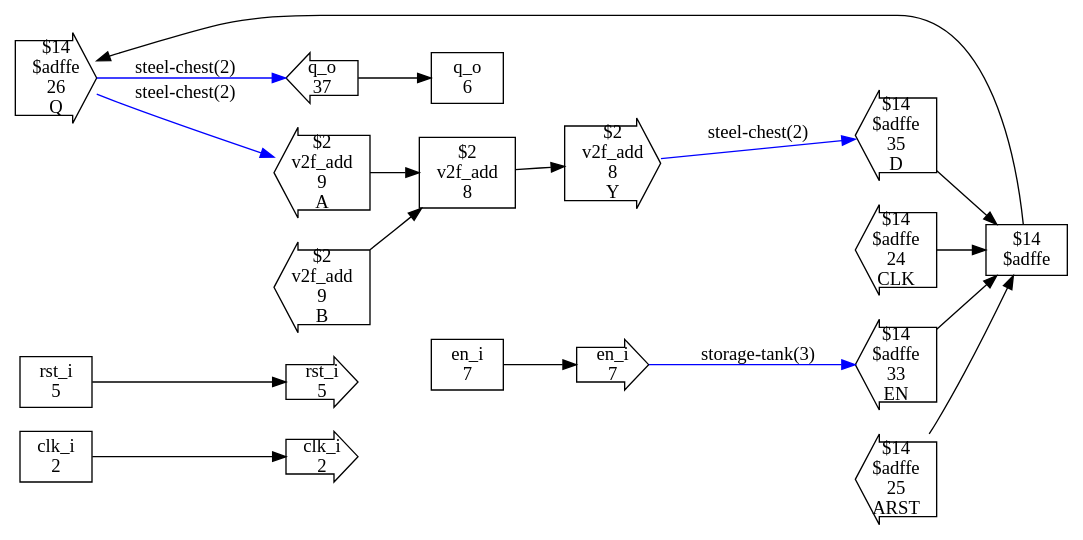
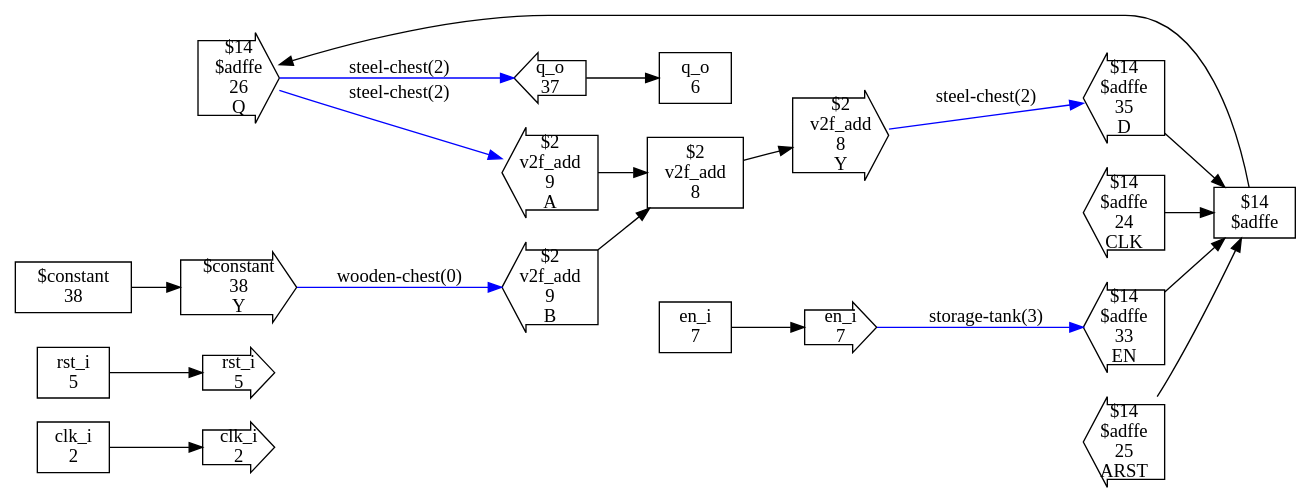
One commit to ben-j-c/verilog2factorio changed the diagram in test_designs/counter32/checked_design.dot. Above: the diagram before and after it, drawn with Graphviz. The commit also changed 29 other files, not shown here.

```diff
--- a/test_designs/counter32/checked_design.dot
+++ b/test_designs/counter32/checked_design.dot
@@ -1,72 +1,79 @@
 digraph CheckedDesign {
   rankdir=LR
   n0[shape=box,label="clk_i
 2"]
   n1[shape=box,label="rst_i
 5"]
   n2[shape=box,label="q_o
 6"]
   n3[shape=box,label="en_i
 7"]
   n4[shape=box,label="$2
 v2f_add
 8"]
   n5[shape=box,label="$14
 $adffe"]
   n6[shape=rarrow,label="clk_i
 2"]
   n7[shape=rarrow,label="rst_i
 5"]
   n8[shape=larrow,label="q_o
 37"]
   n9[shape=rarrow,label="en_i
 7"]
   n10[shape=larrow,label="$2
 v2f_add
 9
 A"]
   n11[shape=larrow,label="$2
 v2f_add
 9
 B"]
   n12[shape=rarrow,label="$2
 v2f_add
 8
 Y"]
   n13[shape=larrow,label="$14
 $adffe
 35
 D"]
   n14[shape=larrow,label="$14
 $adffe
 24
 CLK"]
   n15[shape=larrow,label="$14
 $adffe
 33
 EN"]
   n16[shape=larrow,label="$14
 $adffe
 25
 ARST"]
   n17[shape=rarrow,label="$14
 $adffe
 26
 Q"]
+  n18[shape=box,label="$constant
+38"]
+  n19[shape=rarrow,label="$constant
+38
+Y"]
   n0 -> n6
   n1 -> n7
   n3 -> n9
   n4 -> n12
   n5 -> n17
   n8 -> n2
   n9 -> n15 [label="storage-tank(3)",syle=bold,color=blue]
   n10 -> n4
   n11 -> n4
   n12 -> n13 [label="steel-chest(2)",syle=bold,color=blue]
   n13 -> n5
   n14 -> n5
   n15 -> n5
   n16 -> n5
   n17 -> n10 [label="steel-chest(2)",syle=bold,color=blue]
   n17 -> n8 [label="steel-chest(2)",syle=bold,color=blue]
+  n18 -> n19
+  n19 -> n11 [label="wooden-chest(0)",syle=bold,color=blue]
 }
```
